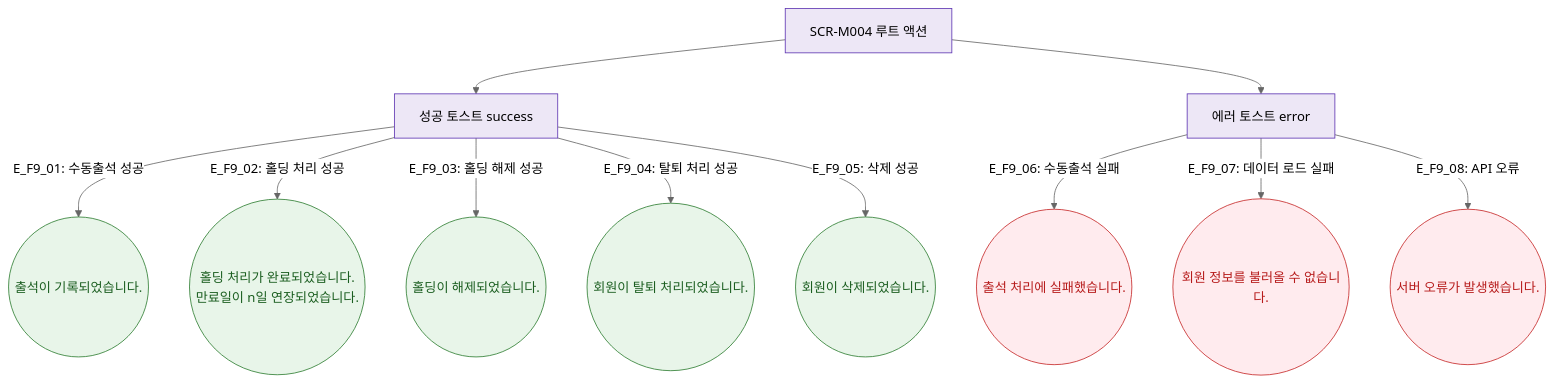
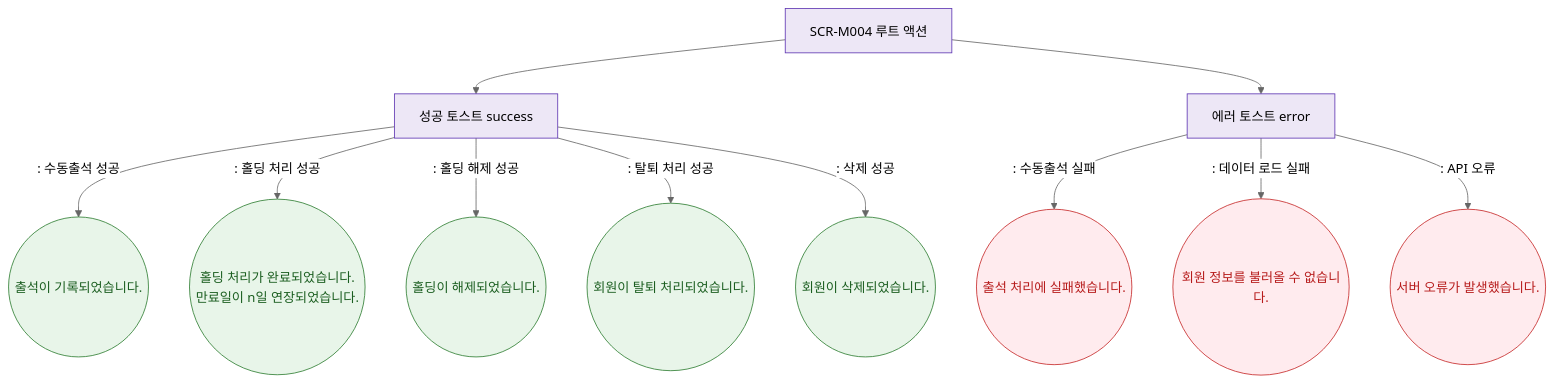
Before and after one commit to dev-spogym/admin-pando: the diagram in docs/다이어그램/D02_회원관리/SCR-M004_회원상세/F9_토스트.md, drawn with Mermaid (neutral theme). The commit also changed other lines of this file and 1660 other files, not shown here.

First line of the commit message:
다이어그램: 기획자/클라이언트 납품본으로 정리

````diff
--- a/docs/다이어그램/D02_회원관리/SCR-M004_회원상세/F9_토스트.md
+++ b/docs/다이어그램/D02_회원관리/SCR-M004_회원상세/F9_토스트.md
@@ -22,24 +20,24 @@
 ```mermaid
 flowchart TD
   ACTIONS[SCR-M004 루트 액션] --> T_SUCCESS
   ACTIONS --> T_ERROR
 
   T_SUCCESS[성공 토스트 success]
-  T_SUCCESS -->|"E_F9_01: 수동출석 성공"| TS1((출석이 기록되었습니다.))
-  T_SUCCESS -->|"E_F9_02: 홀딩 처리 성공"| TS2((홀딩 처리가 완료되었습니다.\n만료일이 n일 연장되었습니다.))
-  T_SUCCESS -->|"E_F9_03: 홀딩 해제 성공"| TS3((홀딩이 해제되었습니다.))
-  T_SUCCESS -->|"E_F9_04: 탈퇴 처리 성공"| TS4((회원이 탈퇴 처리되었습니다.))
-  T_SUCCESS -->|"E_F9_05: 삭제 성공"| TS5((회원이 삭제되었습니다.))
+  T_SUCCESS -->|": 수동출석 성공"|TS1((출석이 기록되었습니다.))
+  T_SUCCESS -->|": 홀딩 처리 성공"|TS2((홀딩 처리가 완료되었습니다.\n만료일이 n일 연장되었습니다.))
+  T_SUCCESS -->|": 홀딩 해제 성공"|TS3((홀딩이 해제되었습니다.))
+  T_SUCCESS -->|": 탈퇴 처리 성공"|TS4((회원이 탈퇴 처리되었습니다.))
+  T_SUCCESS -->|": 삭제 성공"|TS5((회원이 삭제되었습니다.))
 
   T_ERROR[에러 토스트 error]
-  T_ERROR -->|"E_F9_06: 수동출석 실패"| TE1((출석 처리에 실패했습니다.))
-  T_ERROR -->|"E_F9_07: 데이터 로드 실패"| TE2((회원 정보를 불러올 수 없습니다.))
-  T_ERROR -->|"E_F9_08: API 오류"| TE3((서버 오류가 발생했습니다.))
+  T_ERROR -->|": 수동출석 실패"|TE1((출석 처리에 실패했습니다.))
+  T_ERROR -->|": 데이터 로드 실패"|TE2((회원 정보를 불러올 수 없습니다.))
+  T_ERROR -->|": API 오류"|TE3((서버 오류가 발생했습니다.))
 
   classDef success fill:#E8F5E9,stroke:#2E7D32,color:#1B5E20
   classDef error fill:#FFEBEE,stroke:#C62828,color:#B71C1C
   classDef system fill:#EDE7F6,stroke:#5E35B2
   class TS1,TS2,TS3,TS4,TS5 success
   class TE1,TE2,TE3 error
   class ACTIONS,T_SUCCESS,T_ERROR system
 ```
````
